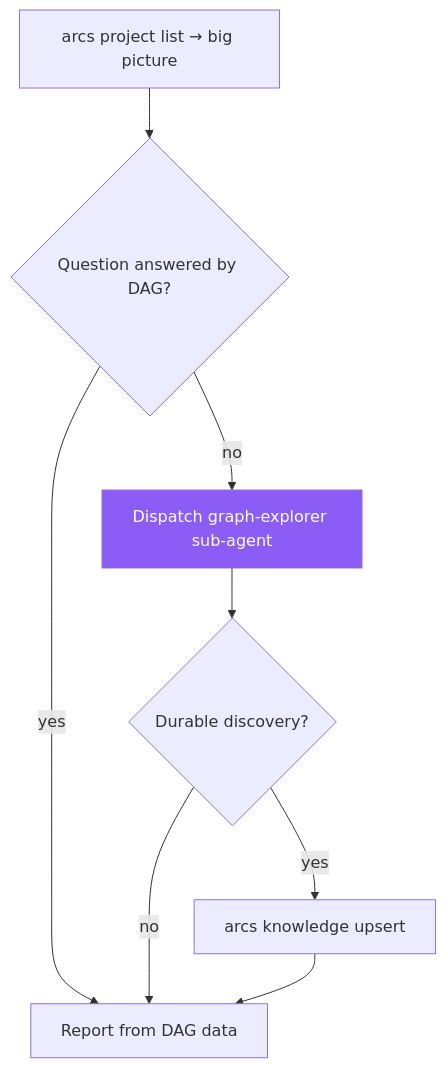
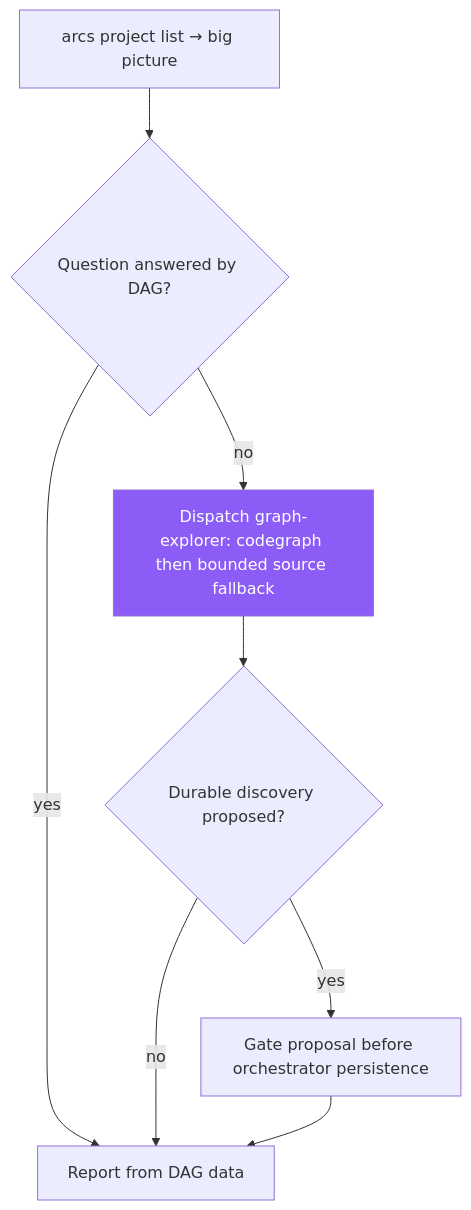
The diagram in skills/explore-dag.md (rryando/arcs), drawn with Mermaid before and after one commit. The commit also changed other lines of this file and 70 other files, not shown here.

````diff
--- a/skills/explore-dag.md
+++ b/skills/explore-dag.md
@@ -14,12 +14,12 @@
 ```mermaid
 flowchart TD
     classDef sub fill:#8b5cf6,color:#fff
 
     A[arcs project list → big picture] --> B{Question answered by DAG?}
     B -->|yes| C[Report from DAG data]
-    B -->|no| D[Dispatch graph-explorer sub-agent]:::sub
-    D --> E{Durable discovery?}
-    E -->|yes| F[arcs knowledge upsert]
+    B -->|no| D[Dispatch graph-explorer: codegraph then bounded source fallback]:::sub
+    D --> E{Durable discovery proposed?}
+    E -->|yes| F[Gate proposal before orchestrator persistence]
     E -->|no| C
     F --> C
 ```
````
